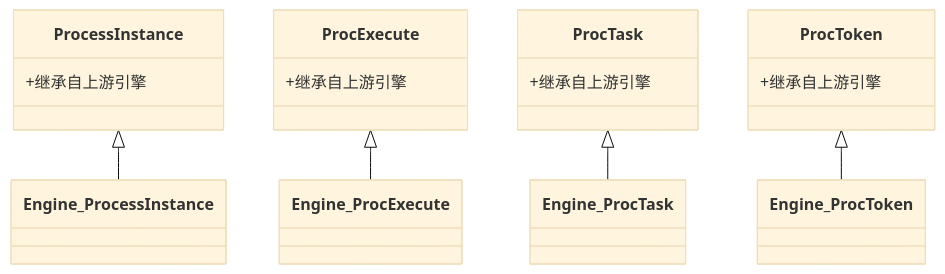
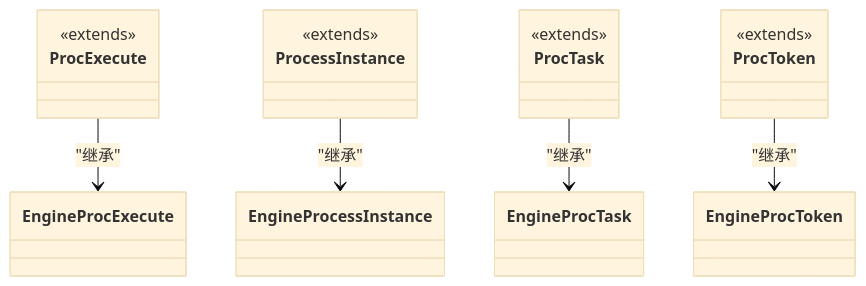
Before and after one commit to sxlianlinbin/process_rules: the fourth of 7 diagrams in repowiki/zh/content/项目概述.md, drawn with Mermaid (base theme). The commit also changed other lines of this file and 207 other files, not shown here.

````diff
--- a/repowiki/zh/content/项目概述.md
+++ b/repowiki/zh/content/项目概述.md
@@ -167,19 +204,23 @@
 ```mermaid
 classDiagram
+class ProcExecute {
+<<extends>>
+}
 class ProcessInstance {
-+继承自上游引擎
-}
-class ProcExecute {
-+继承自上游引擎
+<<extends>>
 }
 class ProcTask {
-+继承自上游引擎
+<<extends>>
 }
 class ProcToken {
-+继承自上游引擎
+<<extends>>
 }
-ProcessInstance <|-- Engine_ProcessInstance
-ProcExecute <|-- Engine_ProcExecute
-ProcTask <|-- Engine_ProcTask
-ProcToken <|-- Engine_ProcToken
+class EngineProcExecute
+class EngineProcessInstance
+class EngineProcTask
+class EngineProcToken
+ProcExecute --> EngineProcExecute : "继承"
+ProcessInstance --> EngineProcessInstance : "继承"
+ProcTask --> EngineProcTask : "继承"
+ProcToken --> EngineProcToken : "继承"
 ```
````
